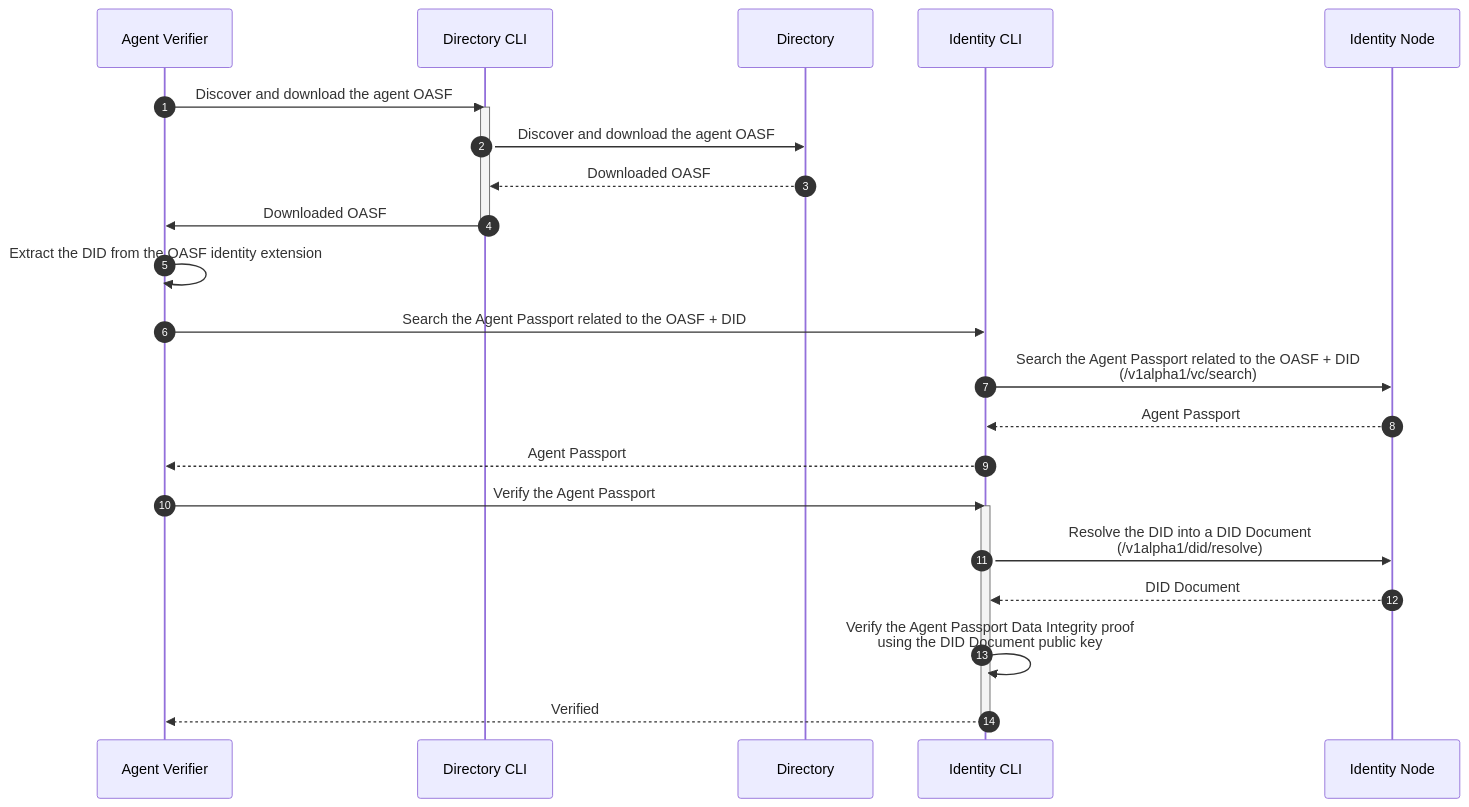
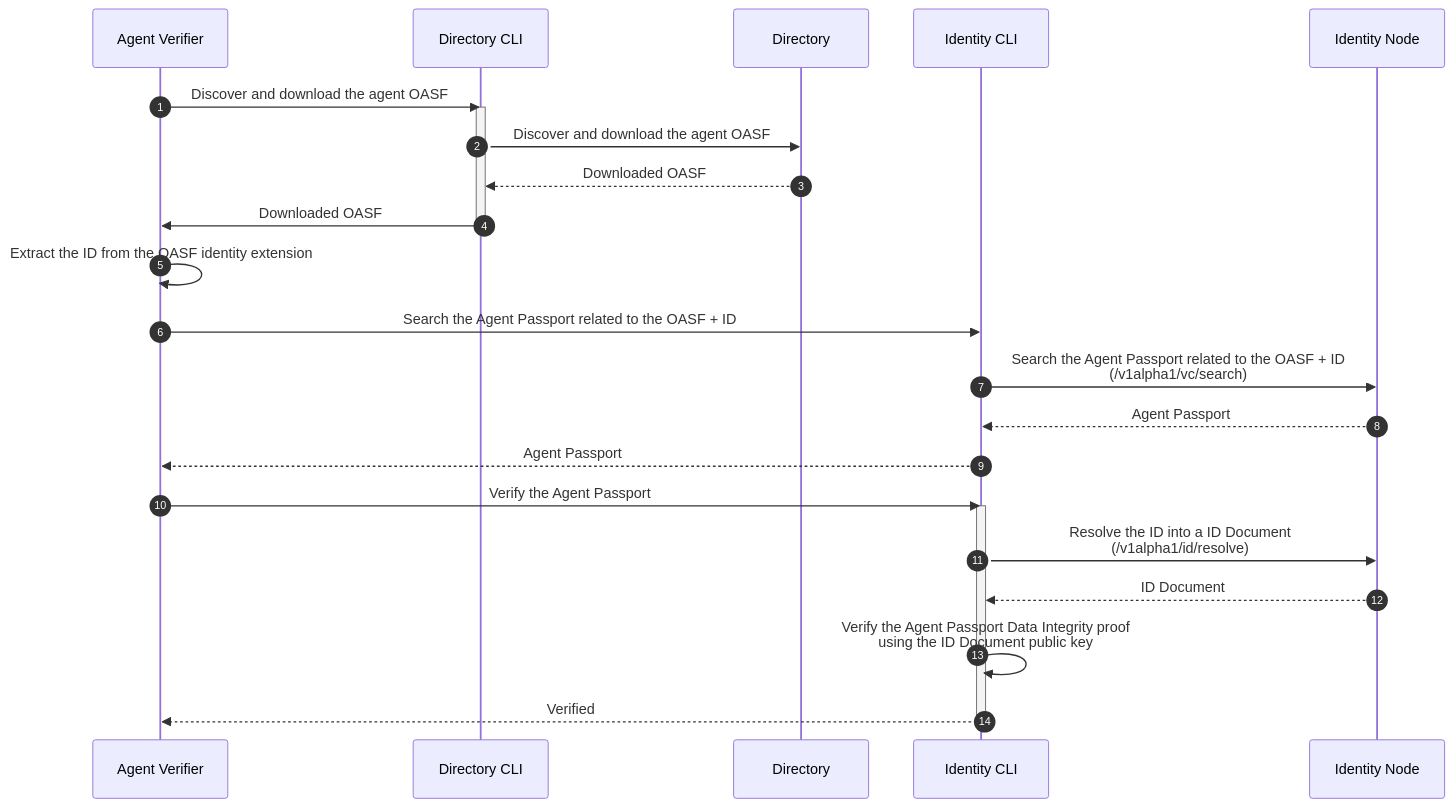
The fourth of 4 diagrams in docs-src/docs/specs/flows/agntcy.md (agntcy/identity-spec), drawn with Mermaid before and after one commit. The commit also changed other lines of this file and 7 other files, not shown here.

````diff
--- a/docs-src/docs/specs/flows/agntcy.md
+++ b/docs-src/docs/specs/flows/agntcy.md
@@ -142,28 +142,28 @@
 ```mermaid
 sequenceDiagram
 autonumber
 
 % Discover + download the agent OASF
 Agent Verifier->>Directory CLI: Discover and download the agent OASF
 activate Directory CLI
 Directory CLI->>Directory: Discover and download the agent OASF
 Directory-->>Directory CLI: Downloaded OASF
 Directory CLI->>Agent Verifier: Downloaded OASF
 deactivate Directory CLI
 
-Agent Verifier->>Agent Verifier: Extract the DID from the OASF identity extension
+Agent Verifier->>Agent Verifier: Extract the ID from the OASF identity extension
 
-Agent Verifier->>Identity CLI: Search the Agent Passport related to the OASF + DID
-Identity CLI->>Identity Node: Search the Agent Passport related to the OASF + DID<br/>(/v1alpha1/vc/search)
+Agent Verifier->>Identity CLI: Search the Agent Passport related to the OASF + ID
+Identity CLI->>Identity Node: Search the Agent Passport related to the OASF + ID<br/>(/v1alpha1/vc/search)
 Identity Node-->>Identity CLI: Agent Passport
 Identity CLI-->>Agent Verifier: Agent Passport
 
 % Find and verify the Agent Passport
 Agent Verifier->>Identity CLI: Verify the Agent Passport
 activate Identity CLI
-Identity CLI->>Identity Node: Resolve the DID into a DID Document<br/>(/v1alpha1/did/resolve)
-Identity Node-->>Identity CLI: DID Document
-Identity CLI->>Identity CLI: Verify the Agent Passport Data Integrity proof<br/>using the DID Document public key
+Identity CLI->>Identity Node: Resolve the ID into a ID Document<br/>(/v1alpha1/id/resolve)
+Identity Node-->>Identity CLI: ID Document
+Identity CLI->>Identity CLI: Verify the Agent Passport Data Integrity proof<br/>using the ID Document public key
 Identity CLI-->>Agent Verifier: Verified
 deactivate Identity CLI
 ```
````
